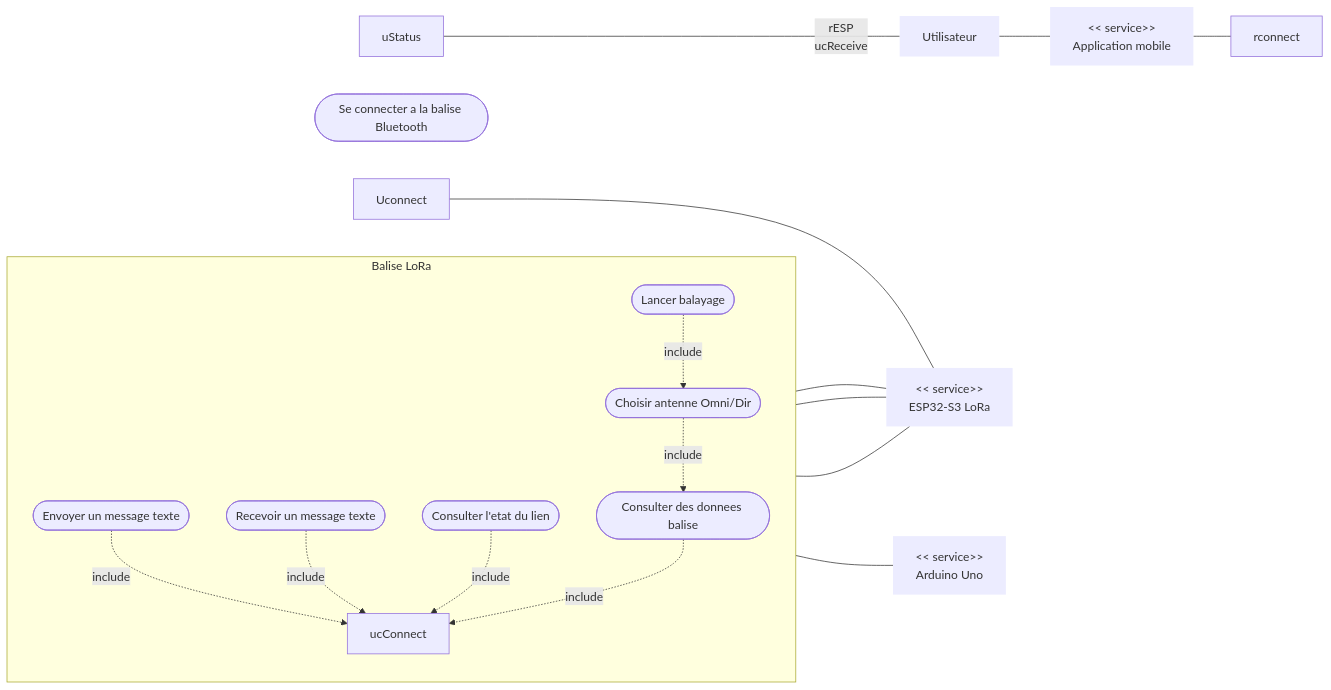
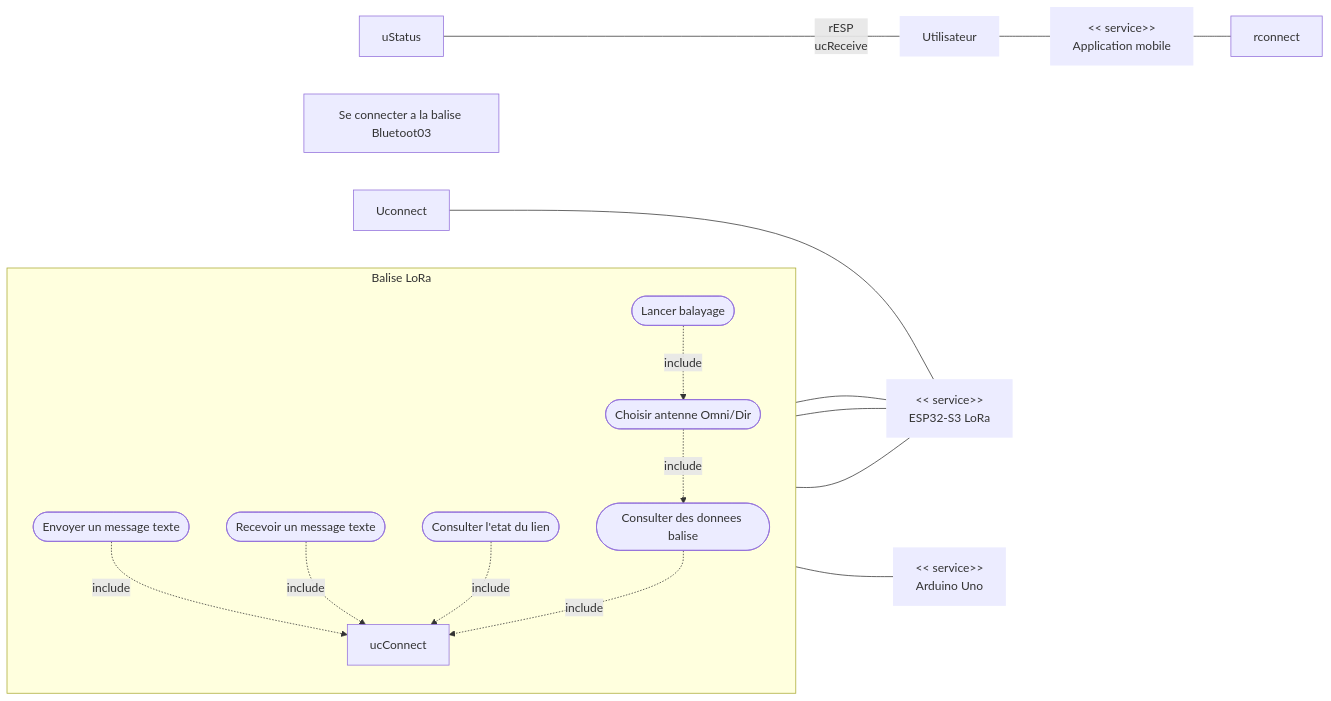
One commit to SHU445/Projet-LoRa-72h changed the first of 7 diagrams in Diagrammes_SysML_Projet_LoRa.md. Above: the diagram before and after it, drawn with Mermaid.

Commit message:
"CorrectUseCase2.3"

````diff
--- a/Diagrammes_SysML_Projet_LoRa.md
+++ b/Diagrammes_SysML_Projet_LoRa.md
@@ -12,40 +12,40 @@
 ```mermaid
 flowchart LR
   rU["Utilisateur"]:::role
   rAPP["<< service>>\nApplication mobile"]:::role
   rESP["<< service>>\nESP32-S3 LoRa"]:::role
   rARD["<< service>>\nArduino Uno"]:::role
-  rConnect([Se connecter a la balise Bluetooth])
+  rConnect["Se connecter a la balise Bluetoot03"]
 
   subgraph S["Balise LoRa"]
     direction TB
     ucSend([Envoyer un message texte])
     ucReceive([Recevoir un message texte])
     ucStatus([Consulter l'etat du lien])
     ucData([Consulter des donnees balise])
     ucSelectAntenna([Choisir antenne Omni/Dir])
     ucScan([Lancer balayage])
 
     ucSend -. include .-> ucConnect
     ucReceive -. include .-> ucConnect
     ucStatus -. include .-> ucConnect
     ucData -. include .-> ucConnect
     ucSelectAntenna -. include .-> ucData
     ucScan -. include .-> ucSelectAntenna
   end
 
   rU --- rAPP
   rAPP --- rconnect
   Uconnect --- rESP
 
   ucSend --- rESP
   uStatus --rESP
   ucReceive --- rU
   ucData --- rESP
   ucSelectAntenna --- rESP
 
 
   ucScan --- rARD
 
   classDef role stroke-width:0px;
 ```
````
